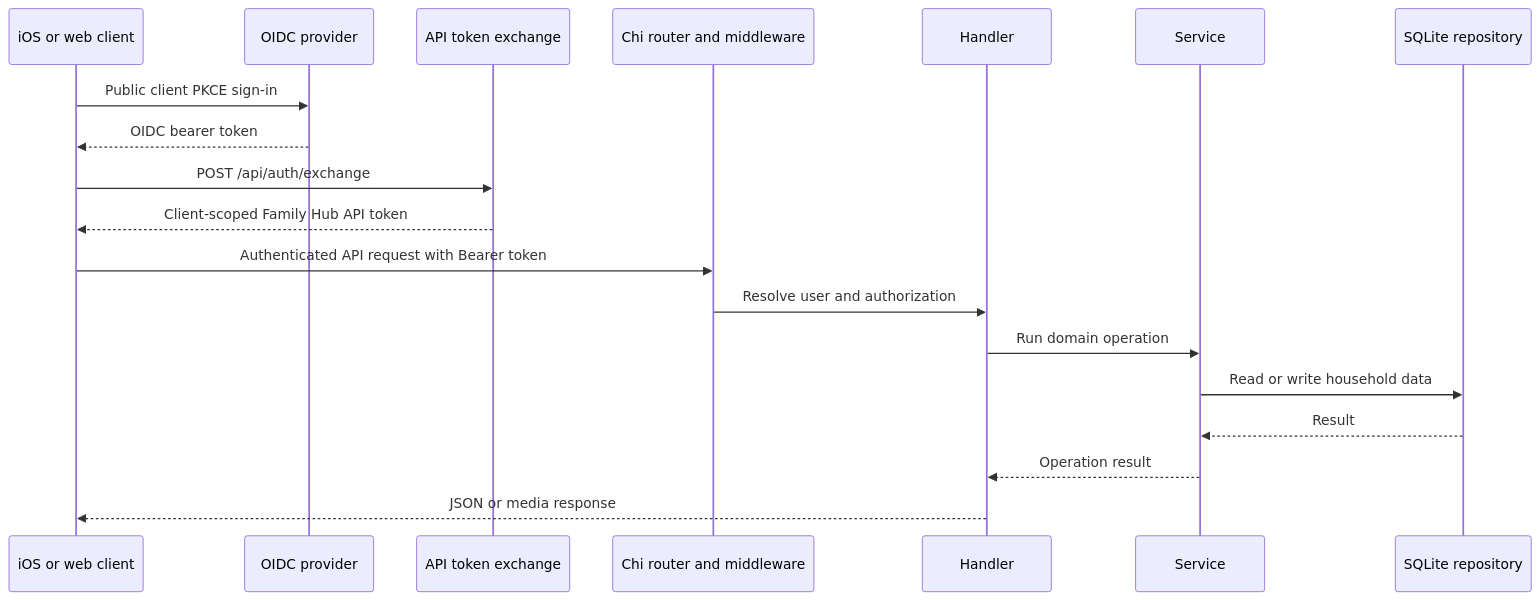
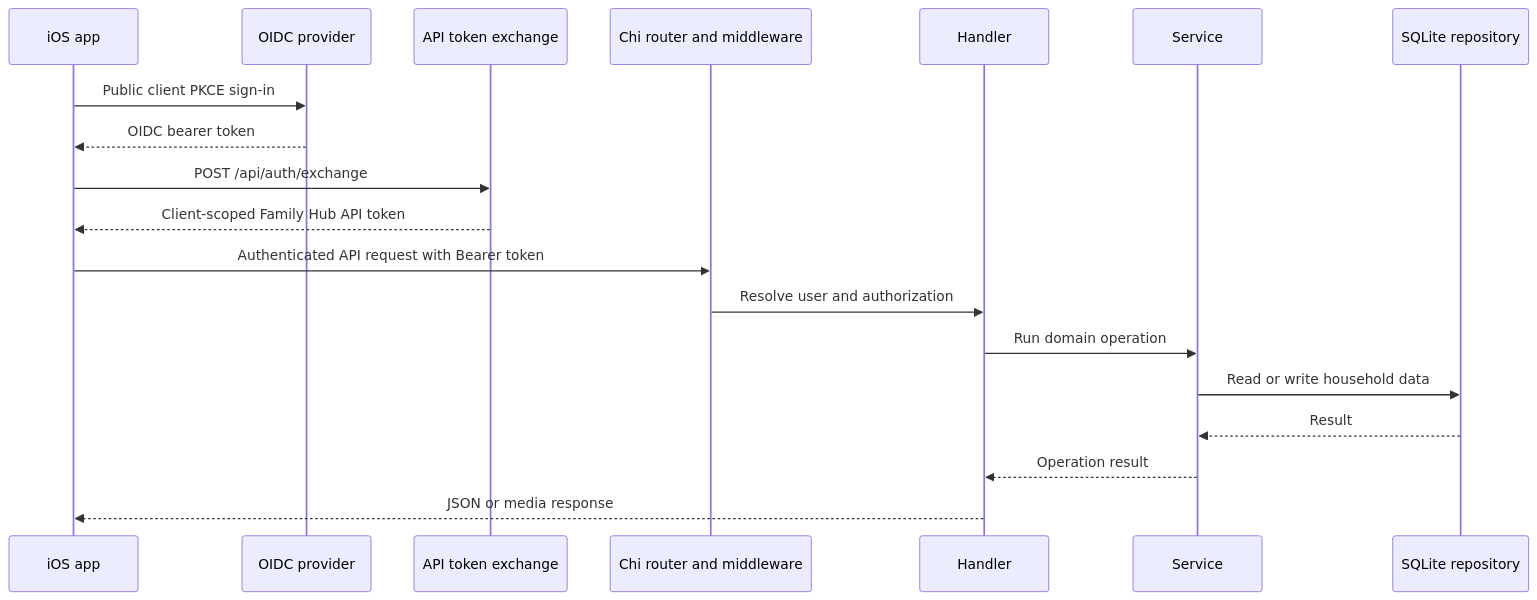
Before and after one commit to BenSuskins/family-hub: the second of 2 diagrams in docs/ARCHITECTURE.md, drawn with Mermaid. The commit also changed other lines of this file and 33 other files, not shown here.

Commit message:
Scope web client to paired wall display

````diff
--- a/docs/ARCHITECTURE.md
+++ b/docs/ARCHITECTURE.md
@@ -41,21 +38,21 @@
 ```mermaid
 sequenceDiagram
-    participant C as iOS or web client
+    participant C as iOS app
     participant O as OIDC provider
     participant X as API token exchange
     participant R as Chi router and middleware
     participant H as Handler
     participant S as Service
     participant D as SQLite repository
     C->>O: Public client PKCE sign-in
     O-->>C: OIDC bearer token
     C->>X: POST /api/auth/exchange
     X-->>C: Client-scoped Family Hub API token
     C->>R: Authenticated API request with Bearer token
     R->>H: Resolve user and authorization
     H->>S: Run domain operation
     S->>D: Read or write household data
     D-->>S: Result
     S-->>H: Operation result
     H-->>C: JSON or media response
 ```
````
